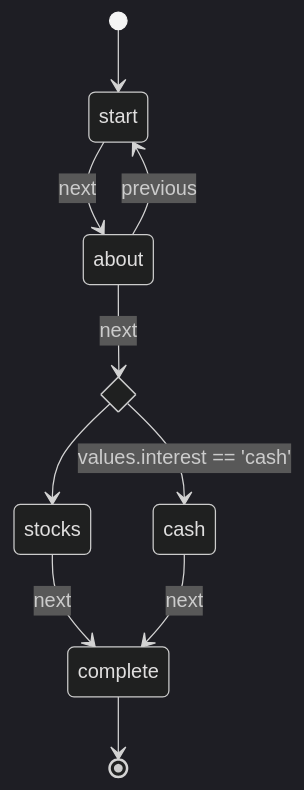
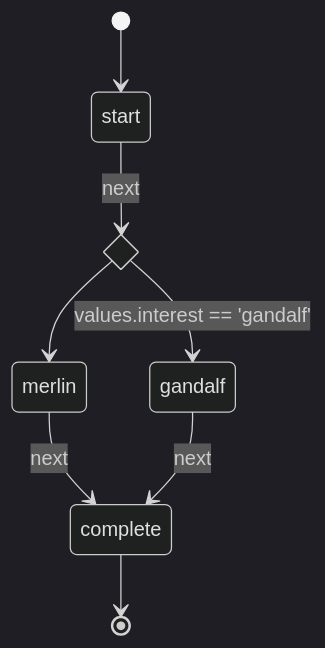
Before and after one commit to HipsterBrown/becoming-a-form-wizard: the second of 2 diagrams in slides.md, drawn with Mermaid (dark theme). The commit also changed other lines of this file and 8 other files, not shown here.

````diff
--- a/slides.md
+++ b/slides.md
@@ -542,13 +578,11 @@
 ```mermaid
 stateDiagram-v2
   state when_interest <<choice>>
   [*] --> start
-  start --> about: next
-  about --> start: previous
-  about --> when_interest: next
-  when_interest --> cash: values.interest == 'cash'
-  when_interest --> stocks
-  stocks --> complete: next
-  cash --> complete: next
+  start --> when_interest: next
+  when_interest --> gandalf: values.interest == 'gandalf'
+  when_interest --> merlin
+  merlin --> complete: next
+  gandalf --> complete: next
   complete --> [*]
 ```
````
